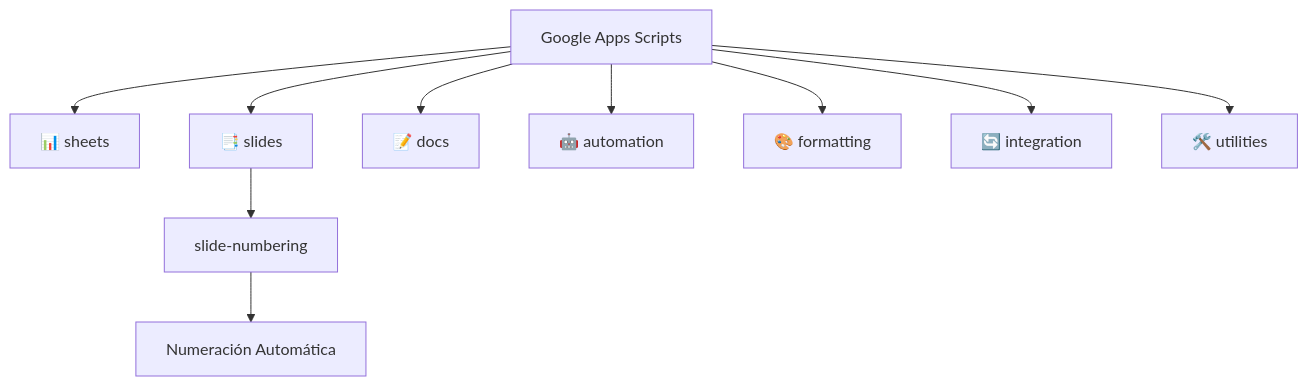
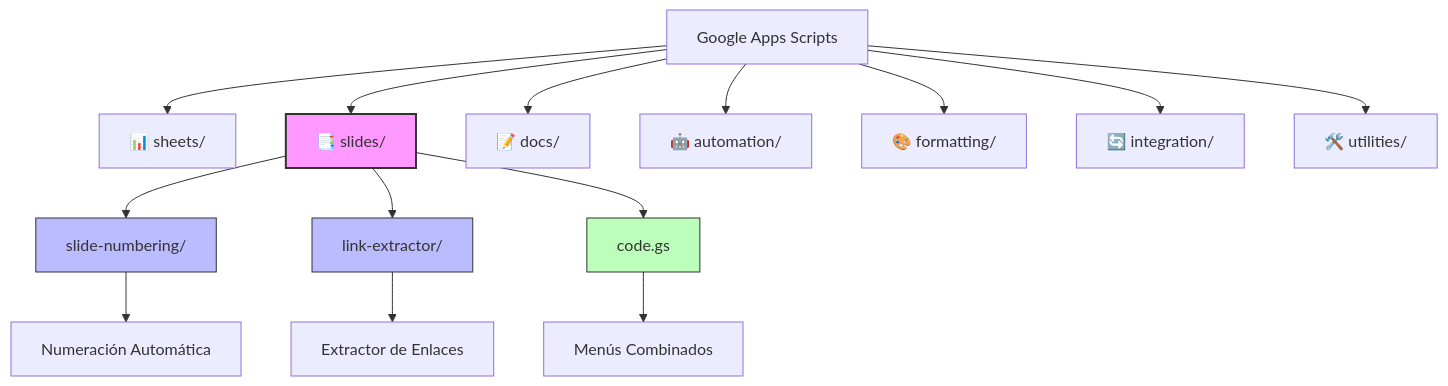
Before and after one commit to ernestobarrera/google-apps-scripts: the diagram in README.md, drawn with Mermaid. The commit also changed other lines of this file, not shown here.

Commit message:
actualizacion readme con últimos scripts

````diff
--- a/README.md
+++ b/README.md
@@ -36,13 +36,23 @@
 ```mermaid
 graph TD;
-    A[Google Apps Scripts] --> B[📊 sheets];
-    A --> C[📑 slides];
-    A --> D[📝 docs];
-    A --> E[🤖 automation];
-    A --> F[🎨 formatting];
-    A --> G[🔄 integration];
-    A --> H[🛠️ utilities];
+    A[Google Apps Scripts] --> B[📊 sheets/];
+    A --> C[📑 slides/];
+    A --> D[📝 docs/];
+    A --> E[🤖 automation/];
+    A --> F[🎨 formatting/];
+    A --> G[🔄 integration/];
+    A --> H[🛠️ utilities/];
 
-    C --> I[slide-numbering];
-    I --> J[Numeración Automática];
+    C --> I[slide-numbering/]
+    C --> J[link-extractor/]
+    C --> K[code.gs]
+
+    I --> L[Numeración Automática]
+    J --> M[Extractor de Enlaces]
+    K --> N[Menús Combinados]
+
+    style C fill:#f9f,stroke:#333,stroke-width:2px
+    style I fill:#bbf,stroke:#333,stroke-width:1px
+    style J fill:#bbf,stroke:#333,stroke-width:1px
+    style K fill:#bfb,stroke:#333,stroke-width:1px
 ```
````
